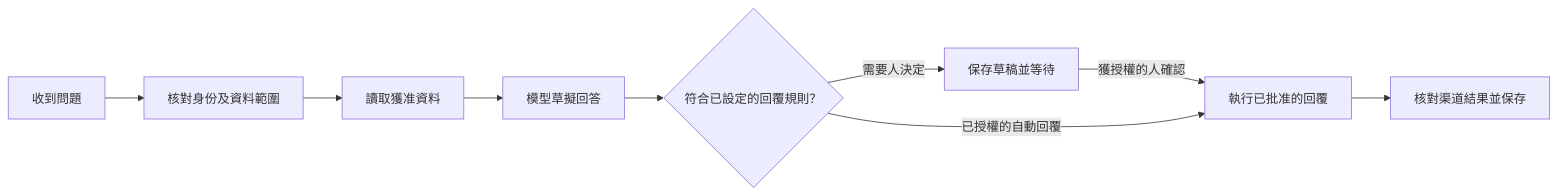
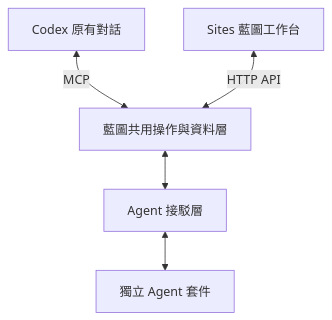
One commit to collieai-g/Blueprint-Studio-Open-Source changed the diagram in docs/AGENT_ROADMAP.md. Above: the diagram before and after it, drawn with Mermaid. The commit also changed other lines of this file and 56 other files, not shown here.

Commit message:
Add shared Agent workbench and Codex job handoff

````diff
--- a/docs/AGENT_ROADMAP.md
+++ b/docs/AGENT_ROADMAP.md
@@ -11,11 +9,7 @@
 ```mermaid
-flowchart LR
-  A[收到問題] --> B[核對身份及資料範圍]
-  B --> C[讀取獲准資料]
-  C --> D[模型草擬回答]
-  D --> E{符合已設定的回覆規則？}
-  E -->|需要人決定| F[保存草稿並等待]
-  F -->|獲授權的人確認| G[執行已批准的回覆]
-  E -->|已授權的自動回覆| G
-  G --> H[核對渠道結果並保存]
+flowchart TB
+  C[Codex 原有對話] <-->|MCP| B[藍圖共用操作與資料層]
+  S[Sites 藍圖工作台] <-->|HTTP API| B
+  B <--> A[Agent 接駁層]
+  A <--> P[獨立 Agent 套件]
 ```
````
